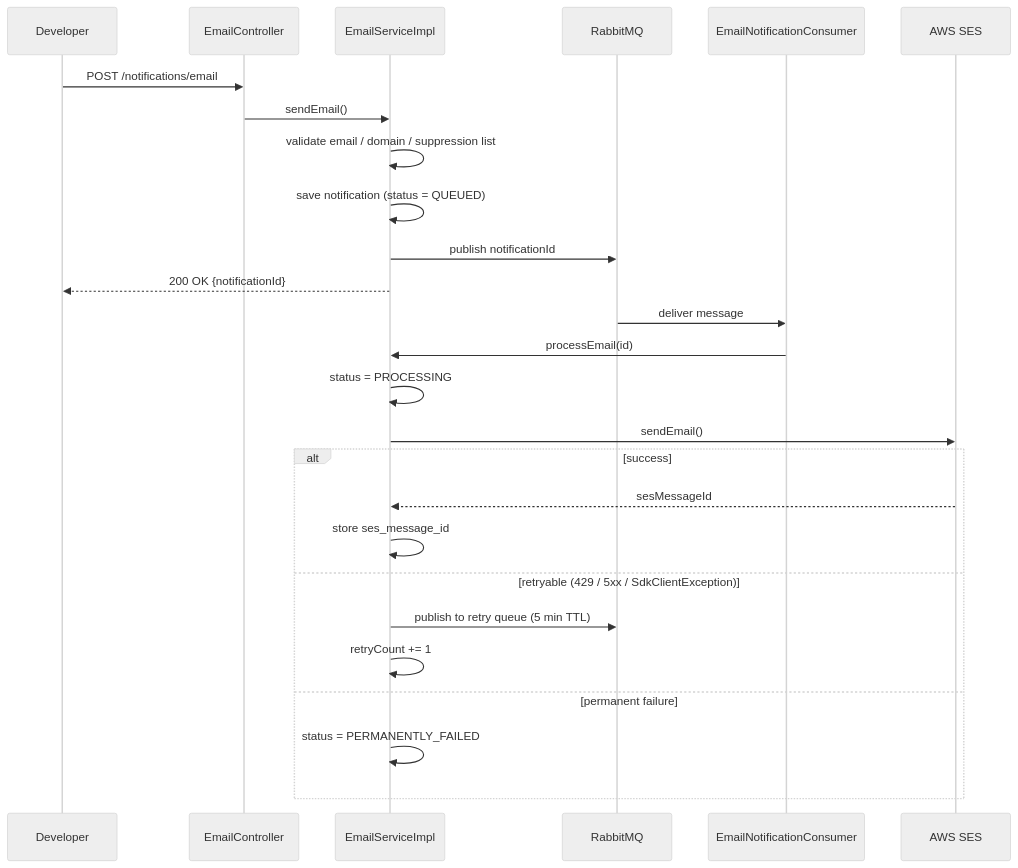
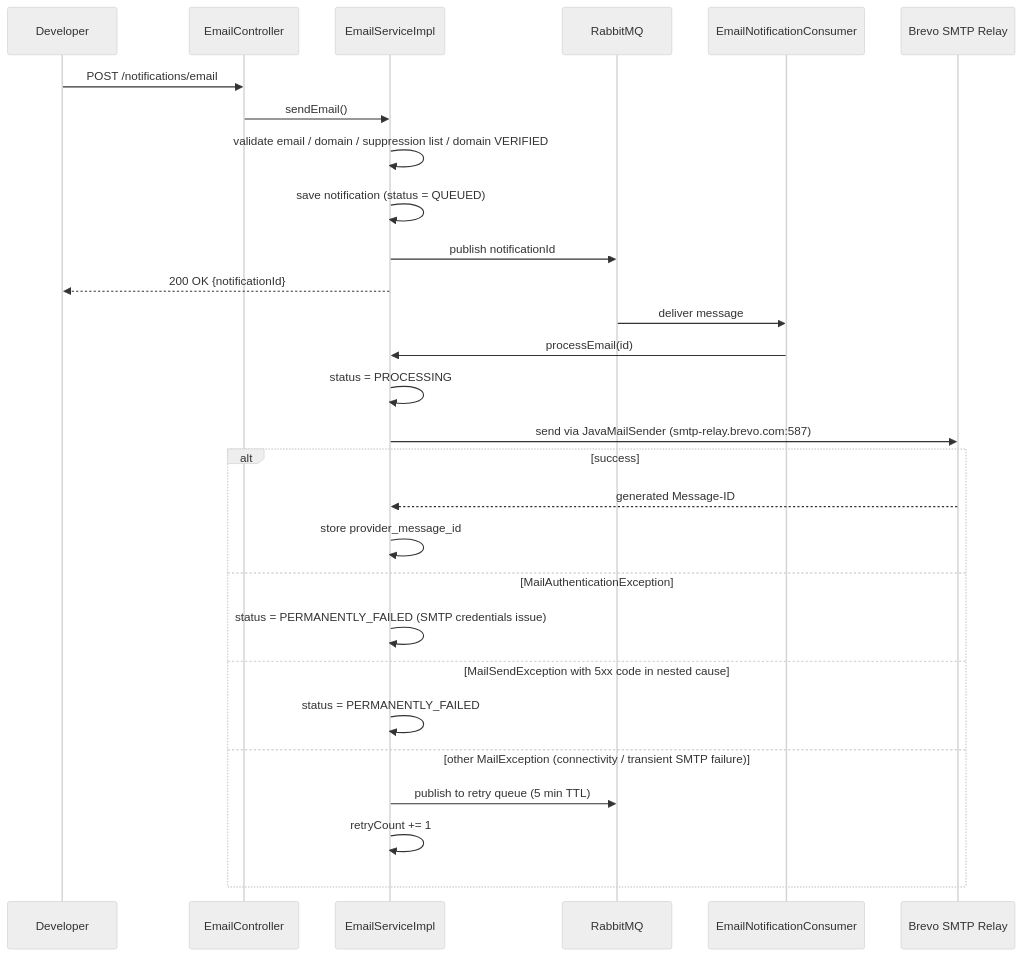
One commit to Kiranvora17/noticore-api changed the third of 9 diagrams in README.md. Above: the diagram before and after it, drawn with Mermaid (neutral theme). The commit also changed other lines of this file, not shown here.

First line of the commit message:
Update README to reflect Brevo migration and new pre-release features

````diff
--- a/README.md
+++ b/README.md
@@ -158,29 +168,31 @@
 ```mermaid
 sequenceDiagram
     participant Dev as Developer
     participant API as EmailController
     participant Svc as EmailServiceImpl
     participant MQ as RabbitMQ
     participant Cons as EmailNotificationConsumer
-    participant SES as AWS SES
+    participant Brevo as Brevo SMTP Relay
 
     Dev->>API: POST /notifications/email
     API->>Svc: sendEmail()
-    Svc->>Svc: validate email / domain / suppression list
+    Svc->>Svc: validate email / domain / suppression list / domain VERIFIED
     Svc->>Svc: save notification (status = QUEUED)
     Svc->>MQ: publish notificationId
     Svc-->>Dev: 200 OK {notificationId}
     MQ->>Cons: deliver message
     Cons->>Svc: processEmail(id)
     Svc->>Svc: status = PROCESSING
-    Svc->>SES: sendEmail()
+    Svc->>Brevo: send via JavaMailSender (smtp-relay.brevo.com:587)
     alt success
-        SES-->>Svc: sesMessageId
-        Svc->>Svc: store ses_message_id
-    else retryable (429 / 5xx / SdkClientException)
+        Brevo-->>Svc: generated Message-ID
+        Svc->>Svc: store provider_message_id
+    else MailAuthenticationException
+        Svc->>Svc: status = PERMANENTLY_FAILED (SMTP credentials issue)
+    else MailSendException with 5xx code in nested cause
+        Svc->>Svc: status = PERMANENTLY_FAILED
+    else other MailException (connectivity / transient SMTP failure)
         Svc->>MQ: publish to retry queue (5 min TTL)
         Svc->>Svc: retryCount += 1
-    else permanent failure
-        Svc->>Svc: status = PERMANENTLY_FAILED
     end
 ```
````
